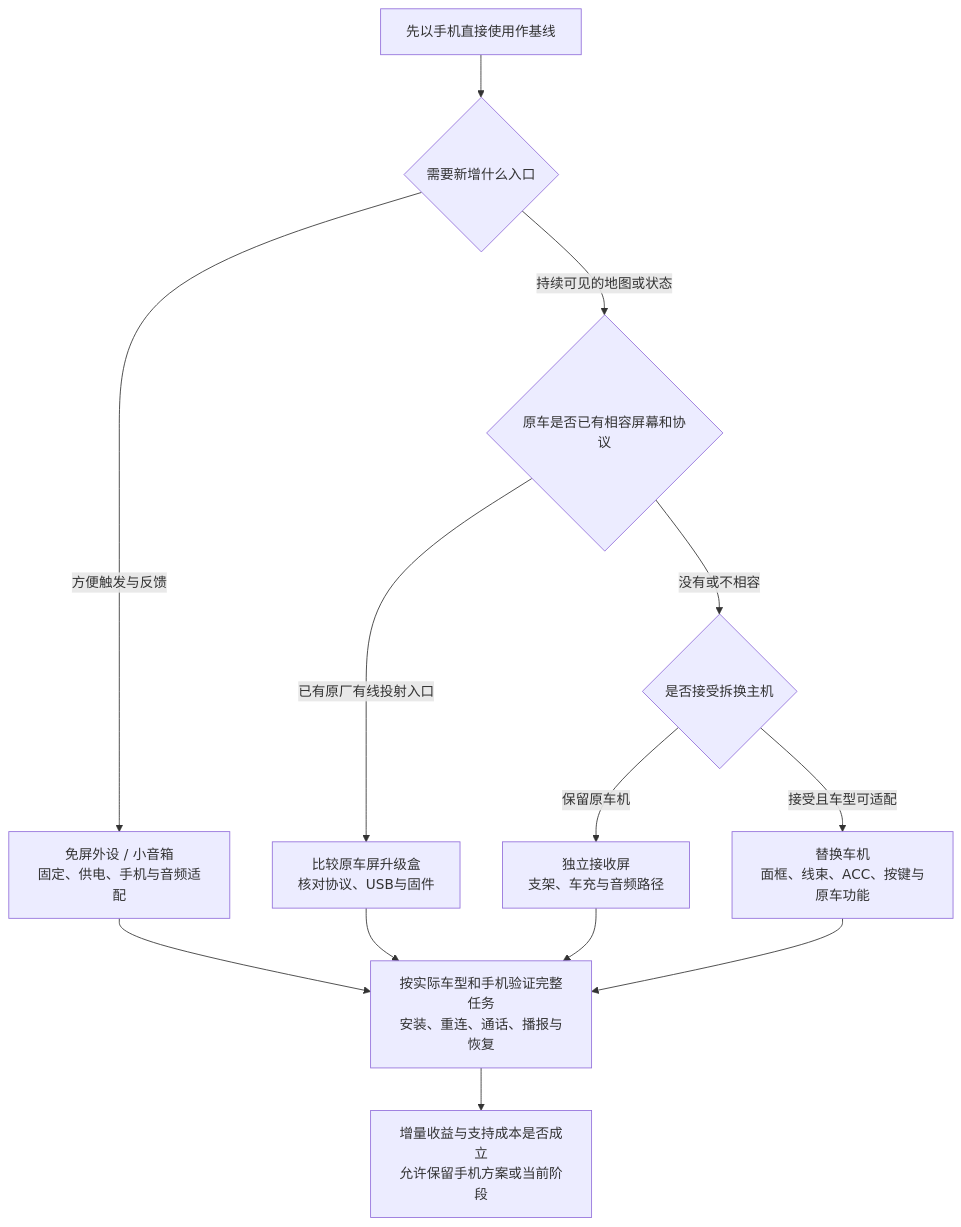
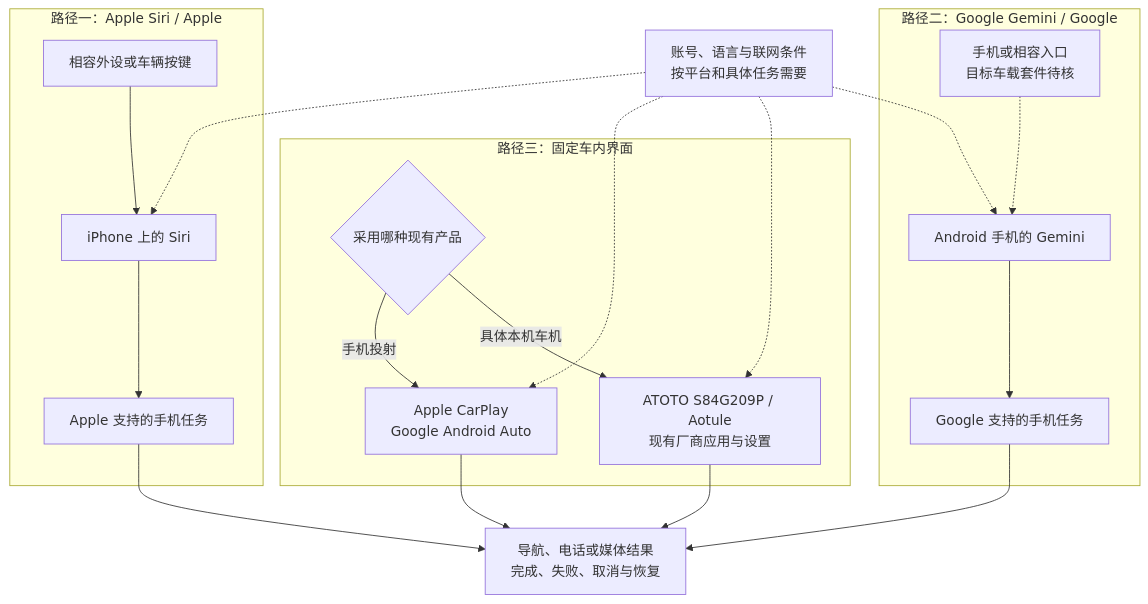
The diagram in dist/diagrams/fig-06.mmd (DreamSoul-AI/in-vehicle-ai-research), drawn with Mermaid before and after one commit. The commit also changed 51 other files, not shown here.

```diff
--- a/dist/diagrams/fig-06.mmd
+++ b/dist/diagrams/fig-06.mmd
@@ -1,18 +1,30 @@
-%% title: 硬件载体与安装选型
-%% 图3 按车辆条件选择载体。分析示意，是评估分支，不是采购推荐或保证兼容。
-%% 来源 https://carpuride.com/products/carpuride-w903-portable-smart-multimedia-dashboard-console-with-front-camera
+%% title: 三种现有平台接入路径
+%% 分析示意；Gemini目标车载外设入口待核，不代表所有蓝牙套件兼容。
+%% 来源 https://support.apple.com/en-ie/guide/iphone/iph0aa8c80e6/27/ios/27
+%% 来源 https://support.google.com/gemini/answer/15456140?hl=en
+%% 来源 https://support.google.com/gemini/answer/16735982?hl=en
 %% 来源 https://www.atotodirect.com/en-gb/pages/manual-460-en
-%% 来源 https://www.carlinkit.com/uhd6225
 flowchart TB
-  START["先以手机直接使用作基线"] --> NEED{"需要新增什么入口"}
-  NEED -->|"方便触发与反馈"| VOICE["免屏外设 / 小音箱<br/>固定、供电、手机与音频适配"]
-  NEED -->|"持续可见的地图或状态"| SCREEN{"原车是否已有相容屏幕和协议"}
-  SCREEN -->|"已有原厂有线投射入口"| BOX["比较原车屏升级盒<br/>核对协议、USB与固件"]
-  SCREEN -->|"没有或不相容"| INSTALL{"是否接受拆换主机"}
-  INSTALL -->|"保留原车机"| PORTABLE["独立接收屏<br/>支架、车充与音频路径"]
-  INSTALL -->|"接受且车型可适配"| HEADUNIT["替换车机<br/>面框、线束、ACC、按键与原车功能"]
-  VOICE --> VALIDATE["按实际车型和手机验证完整任务<br/>安装、重连、通话、播报与恢复"]
-  BOX --> VALIDATE
-  PORTABLE --> VALIDATE
-  HEADUNIT --> VALIDATE
-  VALIDATE --> DECIDE["增量收益与支持成本是否成立<br/>允许保留手机方案或当前阶段"]
+  subgraph A["路径一：Apple Siri / Apple"]
+    A1["相容外设或车辆按键"] --> A2["iPhone 上的 Siri"]
+    A2 --> A3["Apple 支持的手机任务"]
+  end
+  subgraph B["路径二：Google Gemini / Google"]
+    B1["手机或相容入口<br/>目标车载套件待核"] -.-> B2["Android 手机的 Gemini"]
+    B2 --> B3["Google 支持的手机任务"]
+  end
+  subgraph C["路径三：固定车内界面"]
+    C1{"采用哪种现有产品"}
+    C1 -->|"手机投射"| C2["Apple CarPlay<br/>Google Android Auto"]
+    C1 -->|"具体本机车机"| C3["ATOTO S84G209P / Aotule<br/>现有厂商应用与设置"]
+  end
+  SERVICE["账号、语言与联网条件<br/>按平台和具体任务需要"]
+  RESULT["导航、电话或媒体结果<br/>完成、失败、取消与恢复"]
+  SERVICE -.-> A2
+  SERVICE -.-> B2
+  SERVICE -.-> C2
+  SERVICE -.-> C3
+  A3 --> RESULT
+  B3 --> RESULT
+  C2 --> RESULT
+  C3 --> RESULT
```
